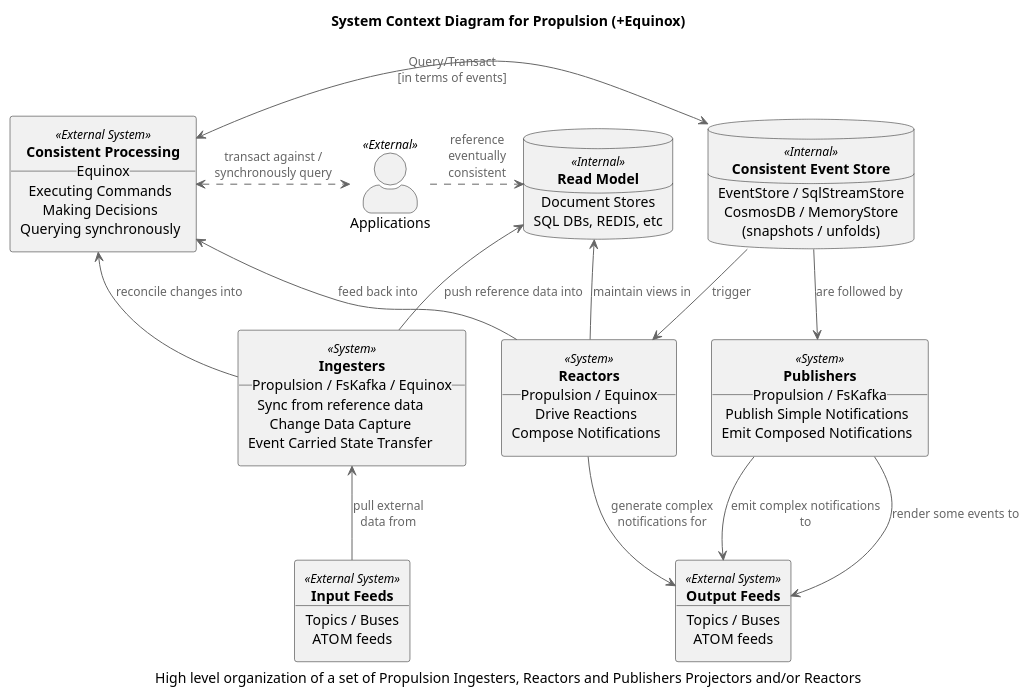
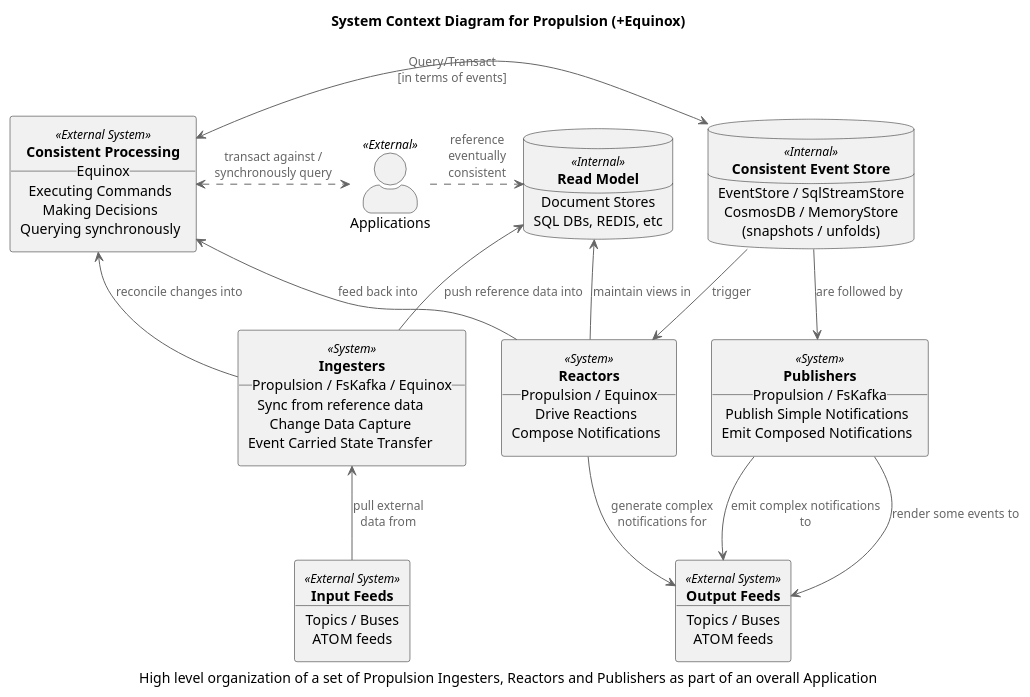
Before and after one commit to jet/propulsion: the diagram in diagrams/context.puml, drawn with PlantUML.

```diff
--- a/diagrams/context.puml
+++ b/diagrams/context.puml
@@ -1,87 +1,87 @@
 @startuml
 !includeurl https://raw.githubusercontent.com/skleanthous/C4-PlantumlSkin/master/build/output/c4.puml
 
 title System Context Diagram for Propulsion (+Equinox)
-caption High level organization of a set of Propulsion Ingesters, Reactors and Publishers Projectors and/or Reactors
+caption High level organization of a set of Propulsion Ingesters, Reactors and Publishers as part of an overall Application
 
 actor "Applications" <<External>> as apps
 
 rectangle services <<External System>> [
     **Consistent Processing**
     __Equinox__
     Executing Commands
     Making Decisions
     Querying synchronously
 ]
 
 database stores <<Internal>> [
     **Consistent Event Store**
     ____
     EventStore / SqlStreamStore
     CosmosDB / MemoryStore
     (snapshots / unfolds)
 ]
 
 database caches <<Internal>> [
     **Read Model**
     ____
     Document Stores 
     SQL DBs, REDIS, etc
 ]
 
 together {
     rectangle ingesters <<System>> [
         **Ingesters**
         __Propulsion / FsKafka / Equinox__
         Sync from reference data
         Change Data Capture
         Event Carried State Transfer
     ]
     rectangle reactors <<System>> [
         **Reactors**
         __Propulsion / Equinox__
         Drive Reactions
         Compose Notifications
     ]
     rectangle publishers <<System>> [
         **Publishers**
         __Propulsion / FsKafka__
         Publish Simple Notifications
         Emit Composed Notifications
     ]
 }
 
 rectangle inputs <<External System>> [
     **Input Feeds**
     ____
     Topics / Buses
     ATOM feeds 
 ]
 
 rectangle outputs <<External System>> [
     **Output Feeds**
     ____
     Topics / Buses
     ATOM feeds
 ]
 
 apps          .> caches     : reference\neventually\nconsistent
 apps       <.L.> services   : transact against /\nsynchronously query
 
 services   <-R-> stores     : Query/Transact\n[in terms of events]
 
 stores       --> publishers : are followed by
 stores       --> reactors   : trigger
 
 reactors     --> services   : feed back into
 reactors     --> outputs    : generate complex\nnotifications for
 reactors    -U-> caches     : maintain views in
 
 publishers   --> outputs    : emit complex notifications to
 publishers   --> outputs    : render some events to
 
 ingesters  <--   inputs     : pull external\ndata from
 ingesters    --> services   : reconcile changes into
 ingesters   -U-> caches     : push reference data into
 
 @enduml
```
